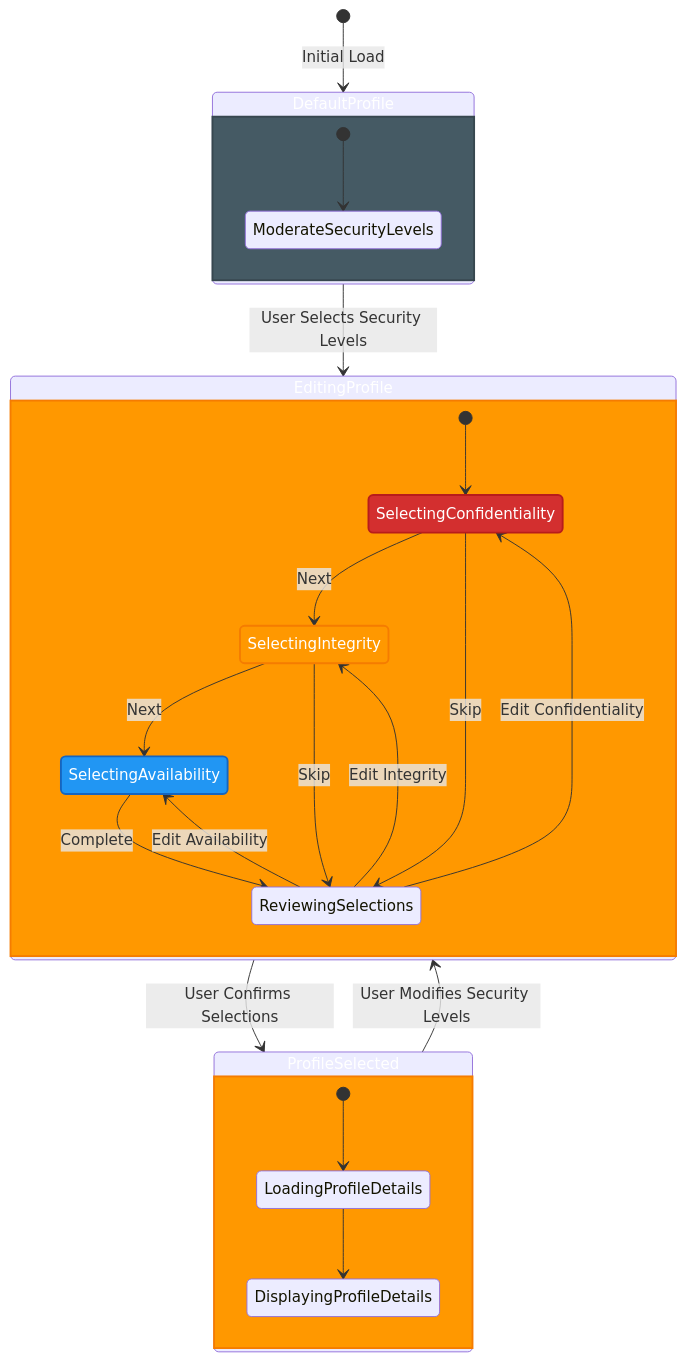
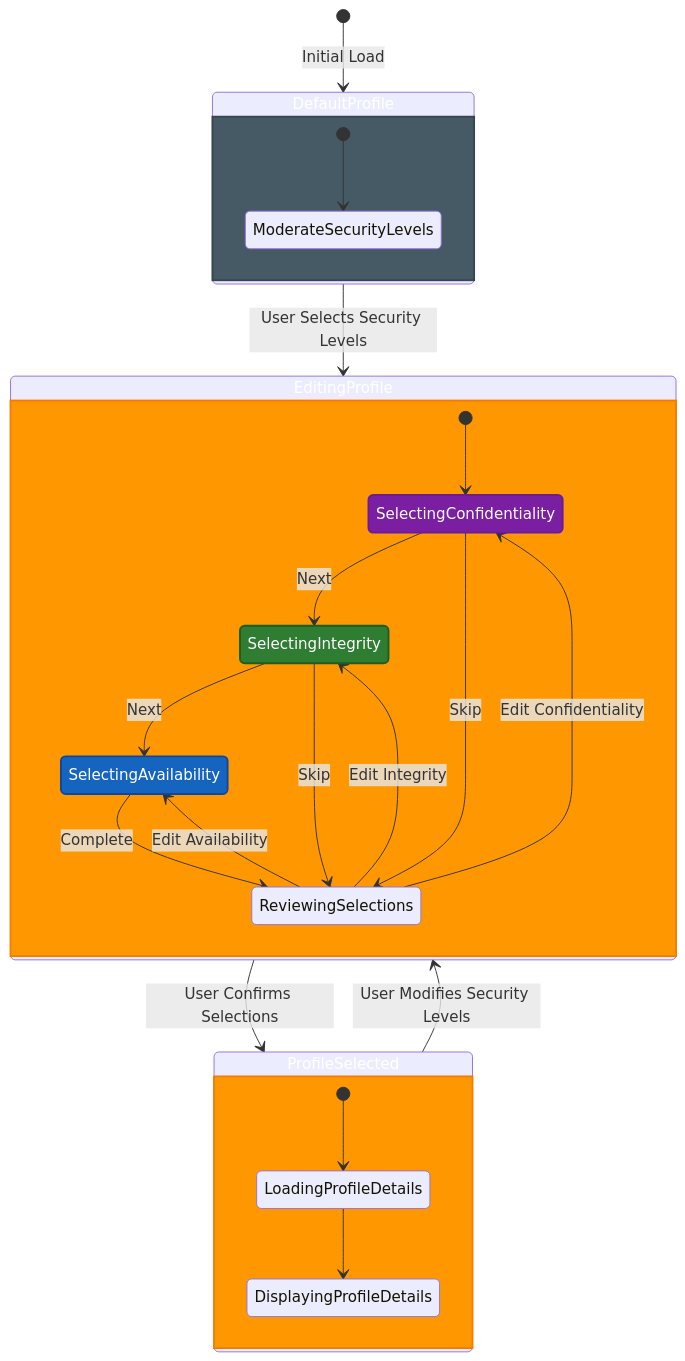
Diagram 11 of 11 in docs/architecture/STATEDIAGRAM.md (Hack23/cia-compliance-manager), drawn with Mermaid before and after one commit. The commit also changed 6 other files, not shown here.

````diff
--- a/docs/architecture/STATEDIAGRAM.md
+++ b/docs/architecture/STATEDIAGRAM.md
@@ -983,47 +983,47 @@
 ```mermaid
 stateDiagram-v2
     [*] --> DefaultProfile: Initial Load
     
     state DefaultProfile {
         [*] --> ModerateSecurityLevels
     }
     
     DefaultProfile --> EditingProfile: User Selects Security Levels
     
     state EditingProfile {
         [*] --> SelectingConfidentiality
         SelectingConfidentiality --> SelectingIntegrity: Next
         SelectingIntegrity --> SelectingAvailability: Next
         SelectingAvailability --> ReviewingSelections: Complete
         
         SelectingConfidentiality --> ReviewingSelections: Skip
         SelectingIntegrity --> ReviewingSelections: Skip
         
         ReviewingSelections --> SelectingConfidentiality: Edit Confidentiality
         ReviewingSelections --> SelectingIntegrity: Edit Integrity
         ReviewingSelections --> SelectingAvailability: Edit Availability
     }
     
     EditingProfile --> ProfileSelected: User Confirms Selections
     
     state ProfileSelected {
         [*] --> LoadingProfileDetails
         LoadingProfileDetails --> DisplayingProfileDetails
     }
     
     ProfileSelected --> EditingProfile: User Modifies Security Levels
     
     classDef defaultState fill:#455A64,stroke:#37474F,stroke-width:2px,color:#ffffff
     classDef editing fill:#FF9800,stroke:#F57C00,stroke-width:2px,color:#ffffff
     classDef selected fill:#FF9800,stroke:#F57C00,stroke-width:2px,color:#ffffff
-    classDef confidentiality fill:#D32F2F,stroke:#B71C1C,stroke-width:2px,color:#ffffff
-    classDef integrity fill:#FF9800,stroke:#F57C00,stroke-width:2px,color:#ffffff
-    classDef availability fill:#2196F3,stroke:#1565C0,stroke-width:2px,color:#ffffff
+    classDef confidentiality fill:#7B1FA2,stroke:#6A1B9A,stroke-width:2px,color:#ffffff
+    classDef integrity fill:#2E7D32,stroke:#1B5E20,stroke-width:2px,color:#ffffff
+    classDef availability fill:#1565C0,stroke:#0D47A1,stroke-width:2px,color:#ffffff
     
     class DefaultProfile defaultState
     class EditingProfile editing
     class ProfileSelected selected
     class SelectingConfidentiality confidentiality
     class SelectingIntegrity integrity
     class SelectingAvailability availability
 ```
````
